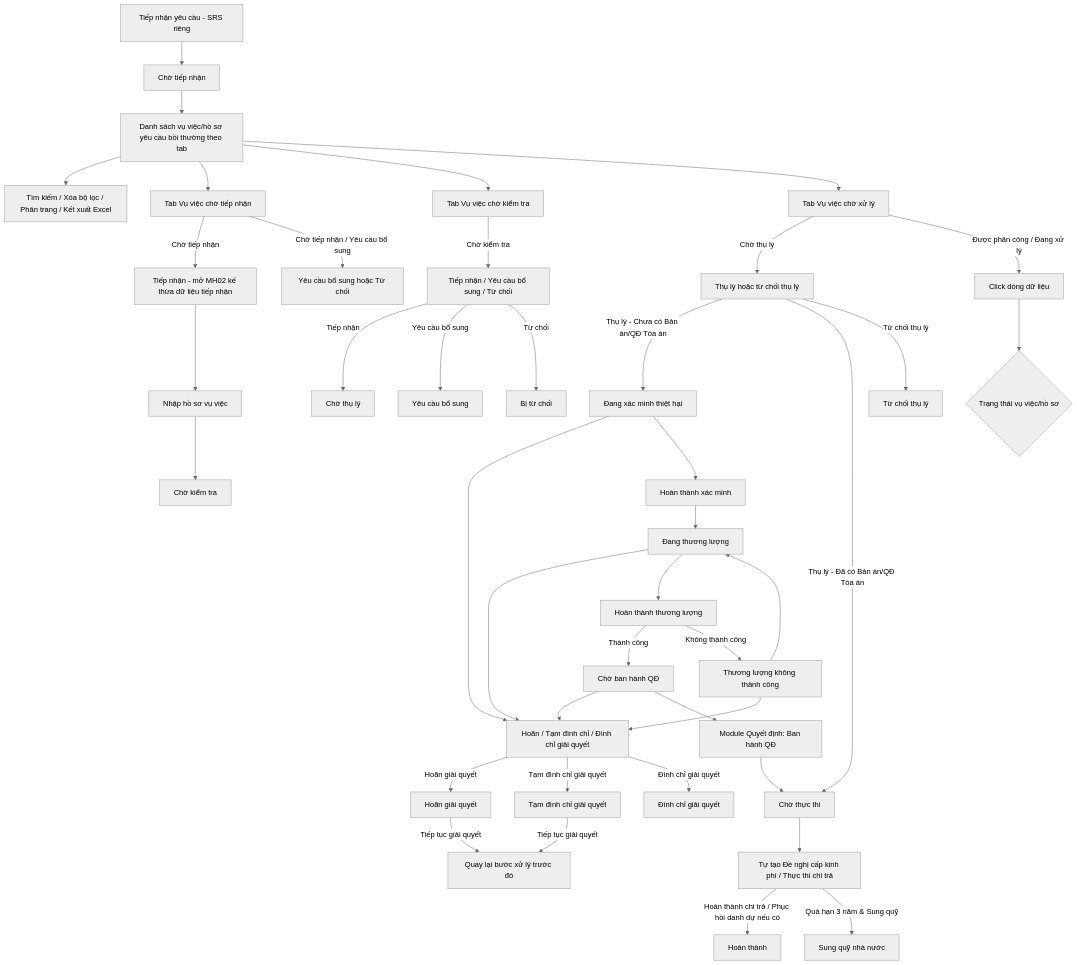
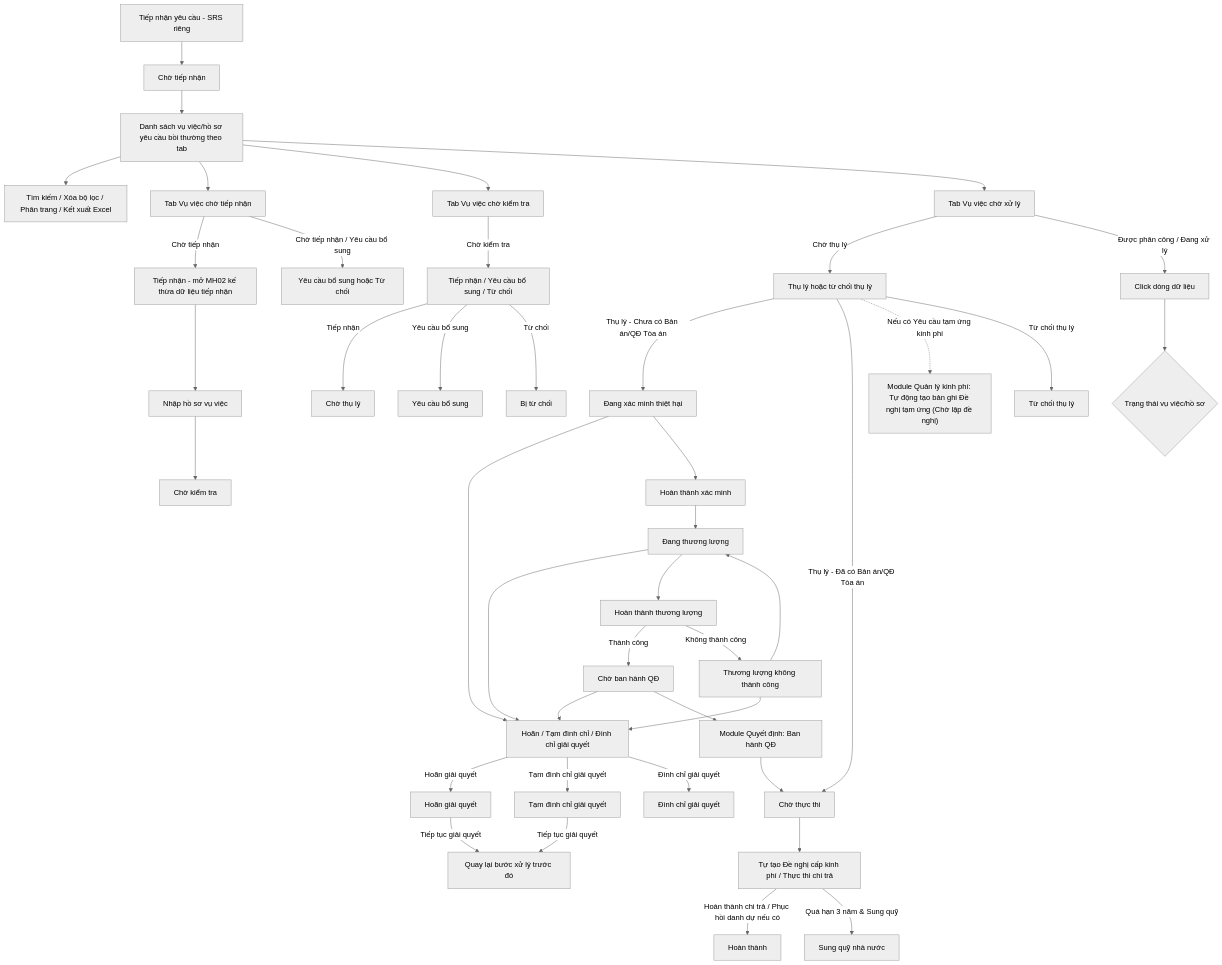
Before and after one commit to huyendt2007/BPBD_UI: the diagram in Tai lieu phan tich/03_Website_Quan_tri/03_Cong_tac_boi_thuong/SRS_BTNN_GiaiQuyetBT_GiaiQuyet_YCBT.md, drawn with Mermaid (neutral theme). The commit also changed other lines of this file and 28 other files, not shown here.

````diff
--- a/Tai lieu phan tich/03_Website_Quan_tri/03_Cong_tac_boi_thuong/SRS_BTNN_GiaiQuyetBT_GiaiQuyet_YCBT.md
+++ b/Tai lieu phan tich/03_Website_Quan_tri/03_Cong_tac_boi_thuong/SRS_BTNN_GiaiQuyetBT_GiaiQuyet_YCBT.md
@@ -31,43 +31,44 @@
 ```mermaid
 flowchart TD
     A[Danh sách vụ việc/hồ sơ yêu cầu bồi thường theo tab] --> B[Tìm kiếm / Xóa bộ lọc / Phân trang / Kết xuất Excel]
     TN[Tiếp nhận yêu cầu - SRS riêng] --> D["Chờ tiếp nhận"]
     D --> A
     A --> T1[Tab Vụ việc chờ tiếp nhận]
     A --> T2[Tab Vụ việc chờ kiểm tra]
     A --> T3[Tab Vụ việc chờ xử lý]
     T1 -->|"Chờ tiếp nhận"| E1[Tiếp nhận - mở MH02 kế thừa dữ liệu tiếp nhận]
     T1 -->|"Chờ tiếp nhận / Yêu cầu bổ sung"| E2[Yêu cầu bổ sung hoặc Từ chối]
     E1 --> E[Nhập hồ sơ vụ việc]
     T2 -->|"Chờ kiểm tra"| I[Tiếp nhận / Yêu cầu bổ sung / Từ chối]
     T3 -->|"Chờ thụ lý"| M[Thụ lý hoặc từ chối thụ lý]
     T3 -->|"Được phân công / Đang xử lý"| G[Click dòng dữ liệu]
     G --> H{Trạng thái vụ việc/hồ sơ}
     E --> F["Chờ kiểm tra"]
     I -->|"Tiếp nhận"| J["Chờ thụ lý"]
     I -->|"Yêu cầu bổ sung"| K["Yêu cầu bổ sung"]
     I -->|"Từ chối"| L["Bị từ chối"]
     M -->|"Thụ lý - Chưa có Bản án/QĐ Tòa án"| N["Đang xác minh thiệt hại"]
     M -->|"Thụ lý - Đã có Bản án/QĐ Tòa án"| V["Chờ thực thi"]
+    M -.->|"Nếu có Yêu cầu tạm ứng kinh phí"| M1["Module Quản lý kinh phí: Tự động tạo bản ghi Đề nghị tạm ứng (Chờ lập đề nghị)"]
     M -->|"Từ chối thụ lý"| O["Từ chối thụ lý"]
     V --> V1[Tự tạo Đề nghị cấp kinh phí / Thực thi chi trả]
     V1 -->|"Hoàn thành chi trả / Phục hồi danh dự nếu có"| X["Hoàn thành"]
     V1 -->|"Quá hạn 3 năm & Sung quỹ"| SQ["Sung quỹ nhà nước"]
     N --> Y[Hoãn / Tạm đình chỉ / Đình chỉ giải quyết]
     Q --> Y
     T --> Y
     S --> Y
     Y -->|"Hoãn giải quyết"| Y1["Hoãn giải quyết"]
     Y -->|"Tạm đình chỉ giải quyết"| Y2["Tạm đình chỉ giải quyết"]
     Y -->|"Đình chỉ giải quyết"| Y3["Đình chỉ giải quyết"]
     Y1 -->|"Tiếp tục giải quyết"| Z[Quay lại bước xử lý trước đó]
     Y2 -->|"Tiếp tục giải quyết"| Z
     N --> P[Hoàn thành xác minh]
     P --> Q["Đang thương lượng"]
     Q --> R[Hoàn thành thương lượng]
     R -->|"Thành công"| S["Chờ ban hành QĐ"]
     R -->|"Không thành công"| T["Thương lượng không thành công"]
     T --> Q
     S --> U[Module Quyết định: Ban hành QĐ]
     U --> V
 ```
````
